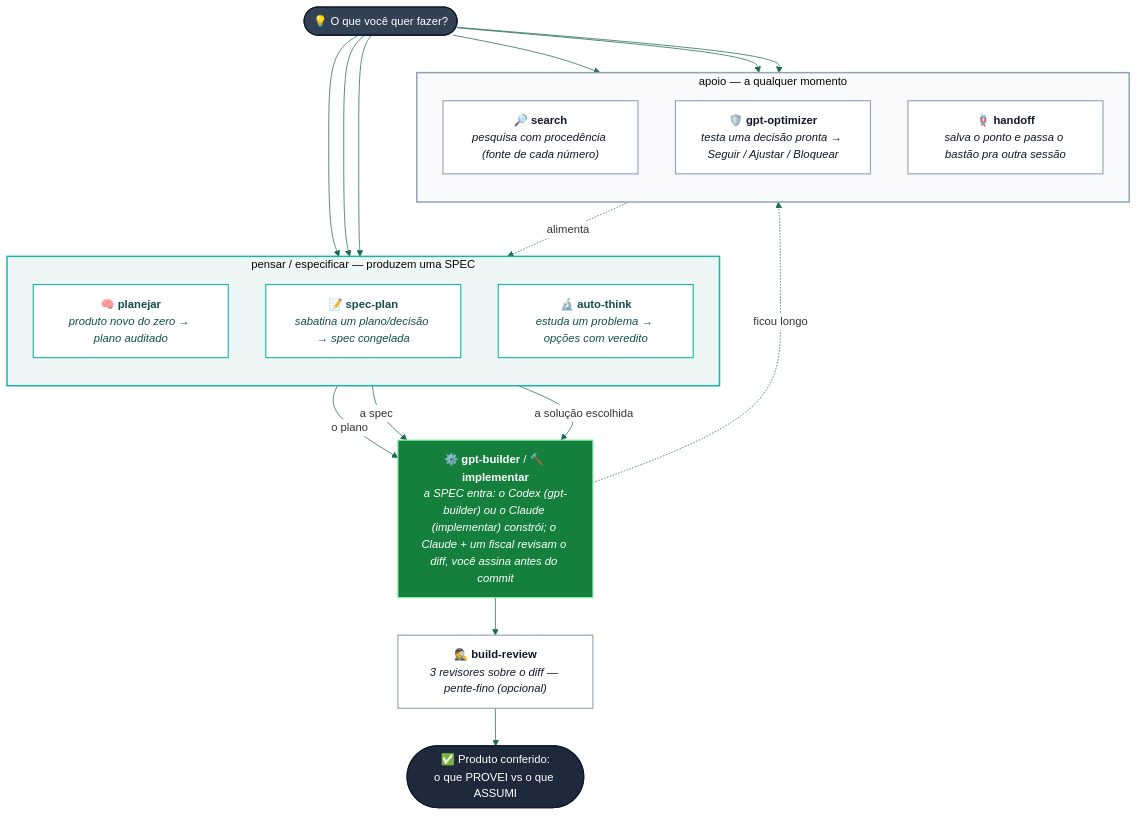
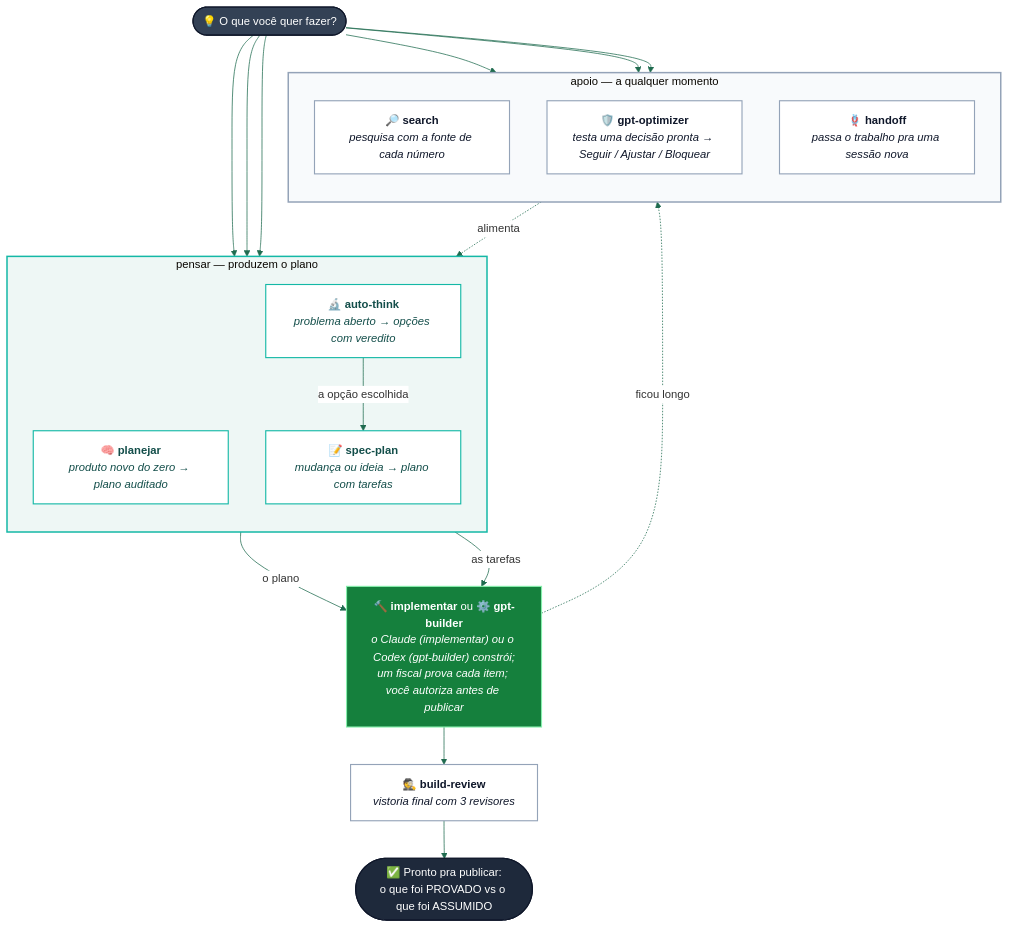
One commit to cassianodiniz/Titan changed the diagram in README.md. Above: the diagram before and after it, drawn with Mermaid. The commit also changed other lines of this file and 31 other files, not shown here.

````diff
--- a/README.md
+++ b/README.md
@@ -91,49 +165,49 @@
 ```mermaid
 %%{init: {'theme':'base', 'themeVariables': {
   'fontSize':'15px',
   'fontFamily':'Helvetica, Arial, sans-serif',
   'lineColor':'#1f6b4f',
   'edgeLabelBackground':'#ffffff'
 }}}%%
 flowchart TD
     START(["💡 O que você quer fazer?"])
 
-    subgraph PENSAR["pensar / especificar — produzem uma SPEC"]
+    subgraph PENSAR["pensar — produzem o plano"]
         direction TB
         P["<b>🧠 planejar</b><br/><i>produto novo do zero → plano auditado</i>"]
-        SP["<b>📝 spec-plan</b><br/><i>sabatina um plano/decisão → spec congelada</i>"]
-        AT["<b>🔬 auto-think</b><br/><i>estuda um problema → opções com veredito</i>"]
+        SP["<b>📝 spec-plan</b><br/><i>mudança ou ideia → plano com tarefas</i>"]
+        AT["<b>🔬 auto-think</b><br/><i>problema aberto → opções com veredito</i>"]
     end
 
-    GB["<b>⚙️ gpt-builder</b> / <b>🔨 implementar</b><br/><i>a SPEC entra: o Codex (gpt-builder) ou o Claude (implementar) constrói; o Claude + um fiscal revisam o diff, você assina antes do commit</i>"]
+    GB["<b>🔨 implementar</b> ou <b>⚙️ gpt-builder</b><br/><i>o Claude (implementar) ou o Codex (gpt-builder) constrói;<br/>um fiscal prova cada item; você autoriza antes de publicar</i>"]
 
     subgraph APOIO["apoio — a qualquer momento"]
         direction TB
-        SE["<b>🔎 search</b><br/><i>pesquisa com procedência (fonte de cada número)</i>"]
+        SE["<b>🔎 search</b><br/><i>pesquisa com a fonte de cada número</i>"]
         GO["<b>🛡️ gpt-optimizer</b><br/><i>testa uma decisão pronta → Seguir / Ajustar / Bloquear</i>"]
-        HO["<b>🪢 handoff</b><br/><i>salva o ponto e passa o bastão pra outra sessão</i>"]
+        HO["<b>🪢 handoff</b><br/><i>passa o trabalho pra uma sessão nova</i>"]
     end
 
     START --> P & SP & AT
     START --> SE & GO & HO
     P -->|"o plano"| GB
-    SP -->|"a spec"| GB
-    AT -->|"a solução escolhida"| GB
-    GB --> BR["<b>🕵️ build-review</b><br/><i>3 revisores sobre o diff — pente-fino (opcional)</i>"]
-    BR --> DONE(["✅ Produto conferido:<br/>o que PROVEI vs o que ASSUMI"])
+    SP -->|"as tarefas"| GB
+    AT -->|"a opção escolhida"| SP
+    GB --> BR["<b>🕵️ build-review</b><br/><i>vistoria final com 3 revisores</i>"]
+    BR --> DONE(["✅ Pronto pra publicar:<br/>o que foi PROVADO vs o que foi ASSUMIDO"])
     GB -. "ficou longo" .-> HO
     SE -. "alimenta" .-> PENSAR
 
     classDef think fill:#ffffff,color:#134e4a,stroke:#14b8a6,stroke-width:1.5px;
     classDef build fill:#15803d,color:#ffffff,stroke:#86efac,stroke-width:1.5px;
     classDef help fill:#ffffff,color:#0f172a,stroke:#94a3b8,stroke-width:1.5px;
     classDef start fill:#334155,color:#ffffff,stroke:#0f172a,stroke-width:1.5px;
     classDef fim fill:#1e293b,color:#ffffff,stroke:#0f172a,stroke-width:1.5px;
     class P,SP,AT think;
     class GB build;
     class SE,GO,HO,BR help;
     class START start;
     class DONE fim;
     style PENSAR fill:#eef7f5,stroke:#14b8a6,stroke-width:2px;
     style APOIO fill:#f8fafc,stroke:#94a3b8,stroke-width:2px;
 ```
````
